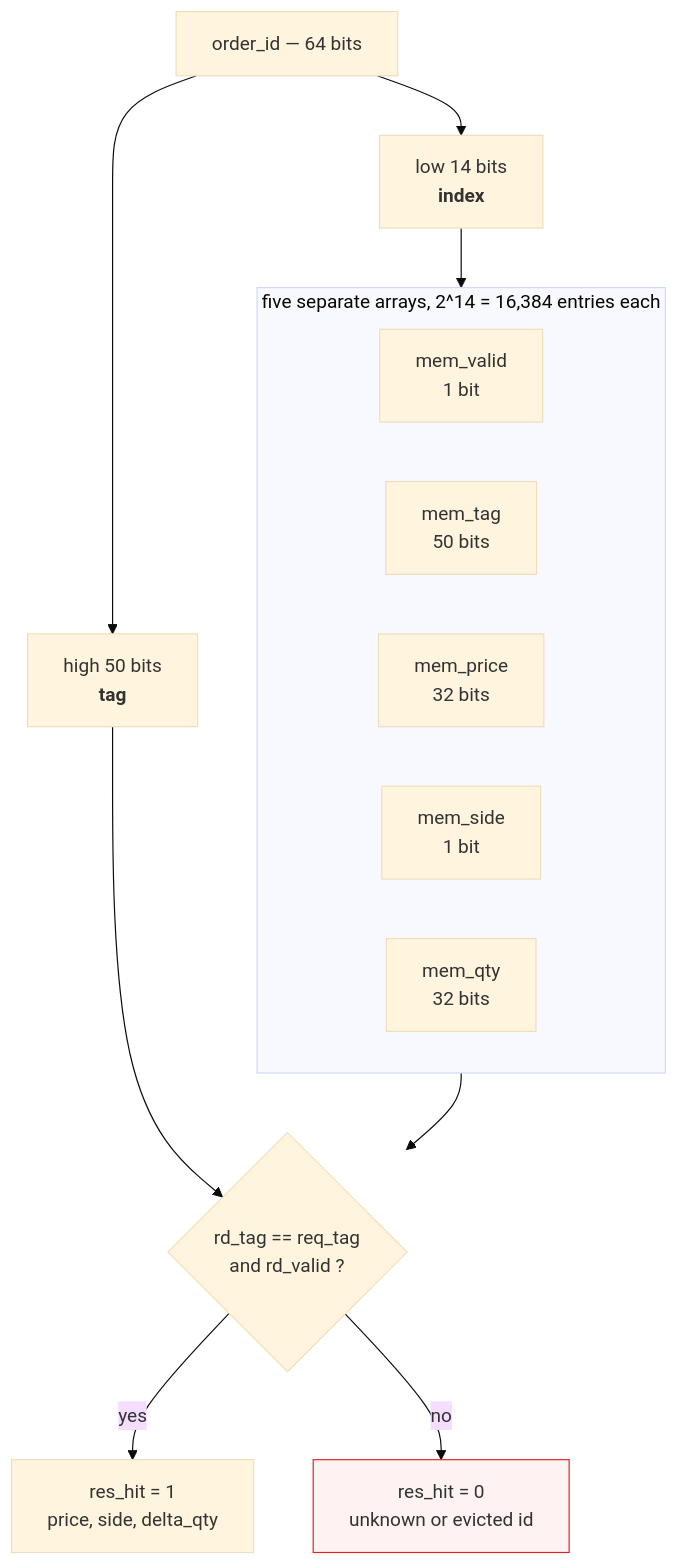
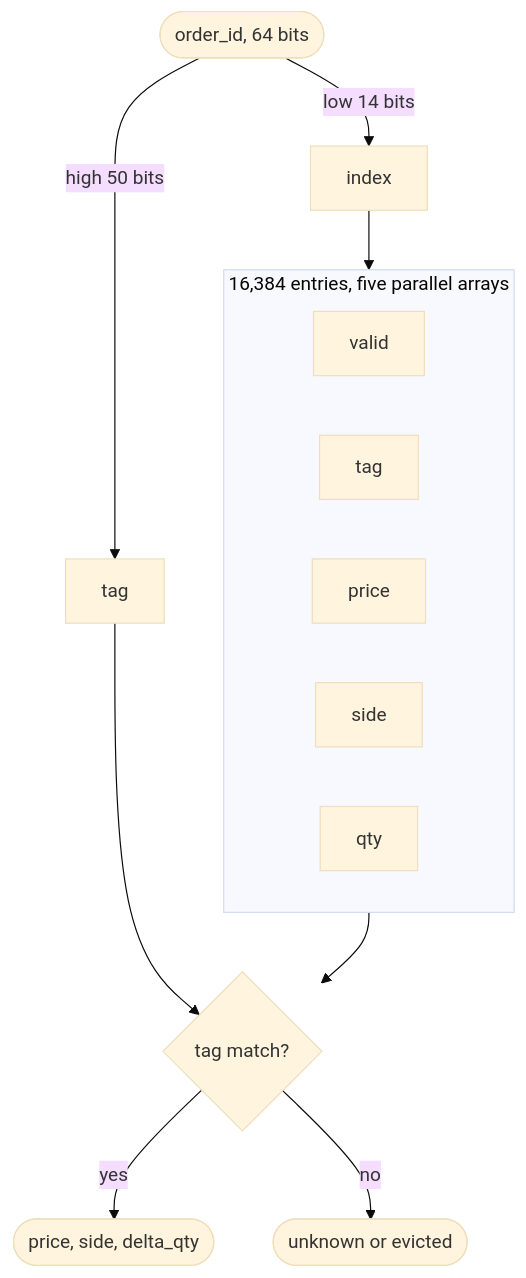
Before and after one commit to Rushmello369/fpga-feed-handler: the third of 5 diagrams in docs/diagrams/order_lookup.md, drawn with Mermaid (base theme). The commit also changed other lines of this file and 12 other files, not shown here.

Commit message:
add diagrams for system and module architectures

````diff
--- a/docs/diagrams/order_lookup.md
+++ b/docs/diagrams/order_lookup.md
@@ -67,25 +41,19 @@
 ```mermaid
-flowchart TB
-    ID["order_id — 64 bits"]
-    ID --> IDX["low 14 bits<br/><b>index</b>"]
-    ID --> TAG["high 50 bits<br/><b>tag</b>"]
-
+flowchart TD
+    ID([order_id, 64 bits])
+    ID -->|low 14 bits| IDX[index]
+    ID -->|high 50 bits| TAG[tag]
     IDX --> MEM
-
-    subgraph MEM["five separate arrays, 2^14 = 16,384 entries each"]
+    subgraph MEM["16,384 entries, five parallel arrays"]
         direction LR
-        M1["mem_valid<br/>1 bit"]
-        M2["mem_tag<br/>50 bits"]
-        M3["mem_price<br/>32 bits"]
-        M4["mem_side<br/>1 bit"]
-        M5["mem_qty<br/>32 bits"]
+        M1[valid]
+        M2[tag]
+        M3[price]
+        M4[side]
+        M5[qty]
     end
-
-    TAG --> CMP{"rd_tag == req_tag<br/>and rd_valid ?"}
-    MEM --> CMP
-    CMP -->|yes| HIT["res_hit = 1<br/>price, side, delta_qty"]
-    CMP -->|no| MISS["res_hit = 0<br/>unknown or evicted id"]
-
-    classDef bad fill:#fef2f2,stroke:#dc2626
-    class MISS bad
+    MEM --> CMP{tag match?}
+    TAG --> CMP
+    CMP -->|yes| HIT([price, side, delta_qty])
+    CMP -->|no| MISS([unknown or evicted])
 ```
````
